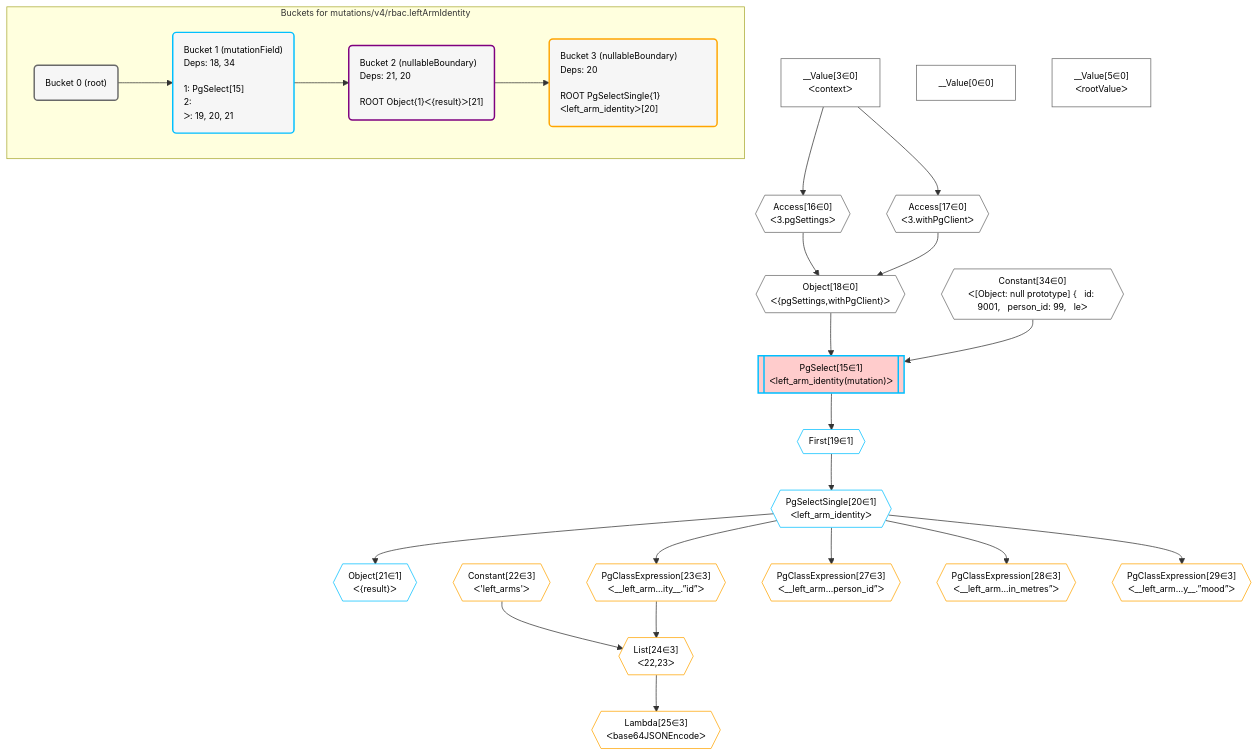
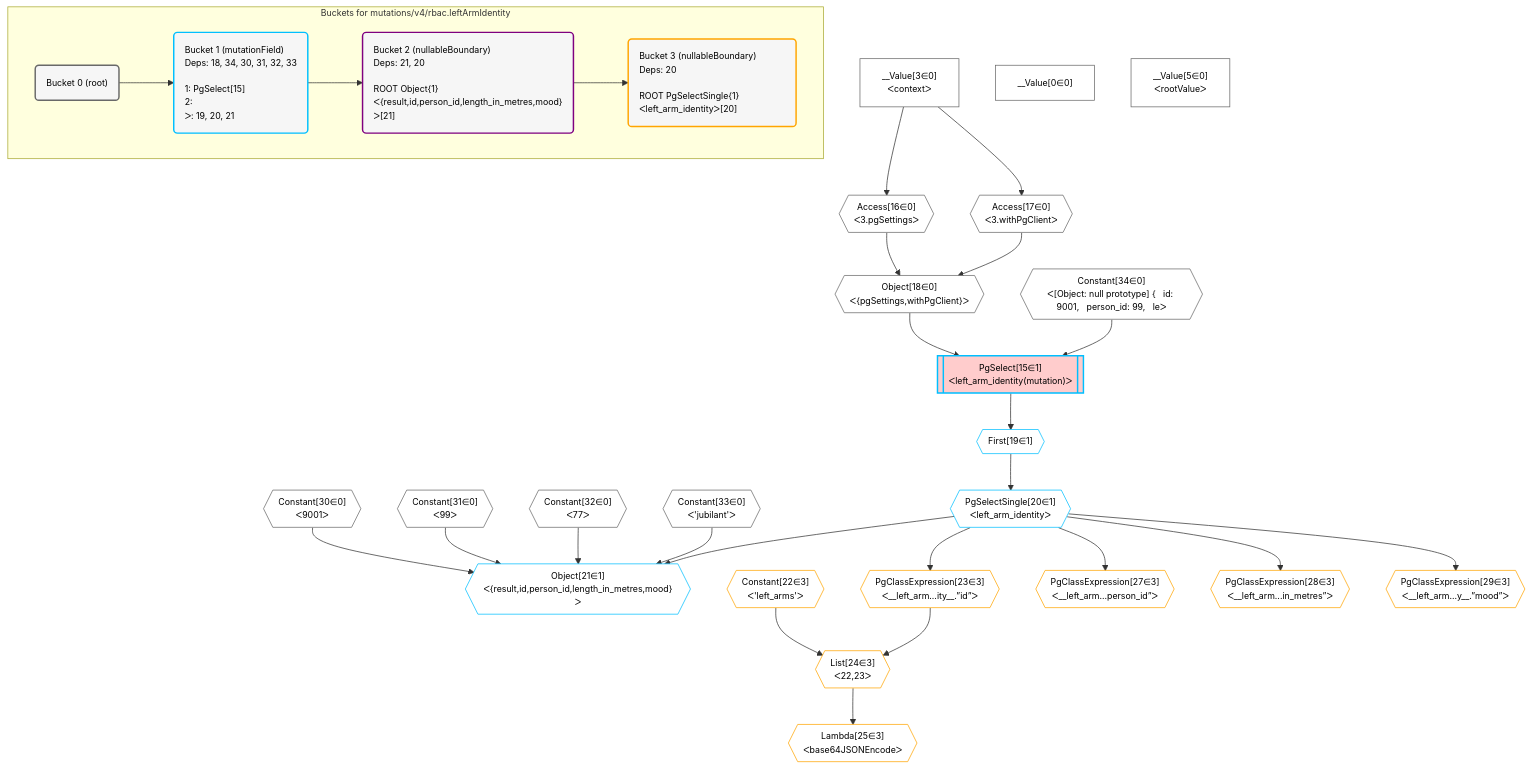
The diagram in postgraphile/postgraphile/__tests__/mutations/v4/rbac.leftArmIdentity.mermaid (graphile/crystal), drawn with Mermaid before and after one commit. The commit also changed 5 other files, not shown here.

```diff
--- a/postgraphile/postgraphile/__tests__/mutations/v4/rbac.leftArmIdentity.mermaid
+++ b/postgraphile/postgraphile/__tests__/mutations/v4/rbac.leftArmIdentity.mermaid
@@ -1,62 +1,66 @@
 %%{init: {'themeVariables': { 'fontSize': '12px'}}}%%
 graph TD
     classDef path fill:#eee,stroke:#000,color:#000
     classDef plan fill:#fff,stroke-width:1px,color:#000
     classDef itemplan fill:#fff,stroke-width:2px,color:#000
     classDef unbatchedplan fill:#dff,stroke-width:1px,color:#000
     classDef sideeffectplan fill:#fcc,stroke-width:2px,color:#000
     classDef bucket fill:#f6f6f6,color:#000,stroke-width:2px,text-align:left
 
 
     %% plan dependencies
     Object18{{"Object[18∈0]<br />ᐸ{pgSettings,withPgClient}ᐳ"}}:::plan
     Access16{{"Access[16∈0]<br />ᐸ3.pgSettingsᐳ"}}:::plan
     Access17{{"Access[17∈0]<br />ᐸ3.withPgClientᐳ"}}:::plan
     Access16 & Access17 --> Object18
     __Value3["__Value[3∈0]<br />ᐸcontextᐳ"]:::plan
     __Value3 --> Access16
     __Value3 --> Access17
     __Value0["__Value[0∈0]"]:::plan
     __Value5["__Value[5∈0]<br />ᐸrootValueᐳ"]:::plan
     Constant34{{"Constant[34∈0]<br />ᐸ[Object: null prototype] {   id: 9001,   person_id: 99,   leᐳ"}}:::plan
+    Constant30{{"Constant[30∈0]<br />ᐸ9001ᐳ"}}:::plan
+    Constant31{{"Constant[31∈0]<br />ᐸ99ᐳ"}}:::plan
+    Constant32{{"Constant[32∈0]<br />ᐸ77ᐳ"}}:::plan
+    Constant33{{"Constant[33∈0]<br />ᐸ'jubilant'ᐳ"}}:::plan
+    Object21{{"Object[21∈1]<br />ᐸ{result,id,person_id,length_in_metres,mood}ᐳ"}}:::plan
+    PgSelectSingle20{{"PgSelectSingle[20∈1]<br />ᐸleft_arm_identityᐳ"}}:::plan
+    PgSelectSingle20 & Constant30 & Constant31 & Constant32 & Constant33 --> Object21
     PgSelect15[["PgSelect[15∈1]<br />ᐸleft_arm_identity(mutation)ᐳ"]]:::sideeffectplan
     Object18 & Constant34 --> PgSelect15
     First19{{"First[19∈1]"}}:::plan
     PgSelect15 --> First19
-    PgSelectSingle20{{"PgSelectSingle[20∈1]<br />ᐸleft_arm_identityᐳ"}}:::plan
     First19 --> PgSelectSingle20
-    Object21{{"Object[21∈1]<br />ᐸ{result}ᐳ"}}:::plan
-    PgSelectSingle20 --> Object21
     List24{{"List[24∈3]<br />ᐸ22,23ᐳ"}}:::plan
     Constant22{{"Constant[22∈3]<br />ᐸ'left_arms'ᐳ"}}:::plan
     PgClassExpression23{{"PgClassExpression[23∈3]<br />ᐸ__left_arm...ity__.”id”ᐳ"}}:::plan
     Constant22 & PgClassExpression23 --> List24
     PgSelectSingle20 --> PgClassExpression23
     Lambda25{{"Lambda[25∈3]<br />ᐸbase64JSONEncodeᐳ"}}:::plan
     List24 --> Lambda25
     PgClassExpression27{{"PgClassExpression[27∈3]<br />ᐸ__left_arm...person_id”ᐳ"}}:::plan
     PgSelectSingle20 --> PgClassExpression27
     PgClassExpression28{{"PgClassExpression[28∈3]<br />ᐸ__left_arm...in_metres”ᐳ"}}:::plan
     PgSelectSingle20 --> PgClassExpression28
     PgClassExpression29{{"PgClassExpression[29∈3]<br />ᐸ__left_arm...y__.”mood”ᐳ"}}:::plan
     PgSelectSingle20 --> PgClassExpression29
 
     %% define steps
 
     subgraph "Buckets for mutations/v4/rbac.leftArmIdentity"
     Bucket0("Bucket 0 (root)"):::bucket
     classDef bucket0 stroke:#696969
-    class Bucket0,__Value0,__Value3,__Value5,Access16,Access17,Object18,Constant34 bucket0
-    Bucket1("Bucket 1 (mutationField)<br />Deps: 18, 34<br /><br />1: PgSelect[15]<br />2: <br />ᐳ: 19, 20, 21"):::bucket
+    class Bucket0,__Value0,__Value3,__Value5,Access16,Access17,Object18,Constant30,Constant31,Constant32,Constant33,Constant34 bucket0
+    Bucket1("Bucket 1 (mutationField)<br />Deps: 18, 34, 30, 31, 32, 33<br /><br />1: PgSelect[15]<br />2: <br />ᐳ: 19, 20, 21"):::bucket
     classDef bucket1 stroke:#00bfff
     class Bucket1,PgSelect15,First19,PgSelectSingle20,Object21 bucket1
-    Bucket2("Bucket 2 (nullableBoundary)<br />Deps: 21, 20<br /><br />ROOT Object{1}ᐸ{result}ᐳ[21]"):::bucket
+    Bucket2("Bucket 2 (nullableBoundary)<br />Deps: 21, 20<br /><br />ROOT Object{1}ᐸ{result,id,person_id,length_in_metres,mood}ᐳ[21]"):::bucket
     classDef bucket2 stroke:#7f007f
     class Bucket2 bucket2
     Bucket3("Bucket 3 (nullableBoundary)<br />Deps: 20<br /><br />ROOT PgSelectSingle{1}ᐸleft_arm_identityᐳ[20]"):::bucket
     classDef bucket3 stroke:#ffa500
     class Bucket3,Constant22,PgClassExpression23,List24,Lambda25,PgClassExpression27,PgClassExpression28,PgClassExpression29 bucket3
     Bucket0 --> Bucket1
     Bucket1 --> Bucket2
     Bucket2 --> Bucket3
     end
```
